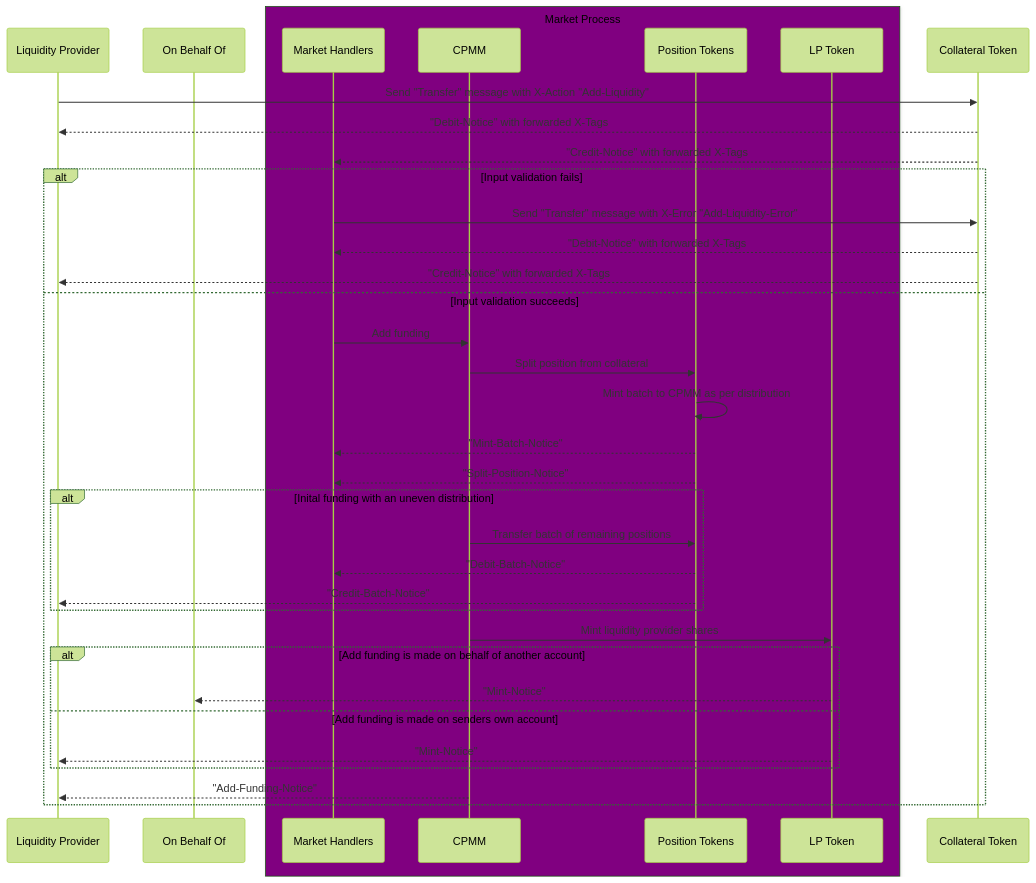
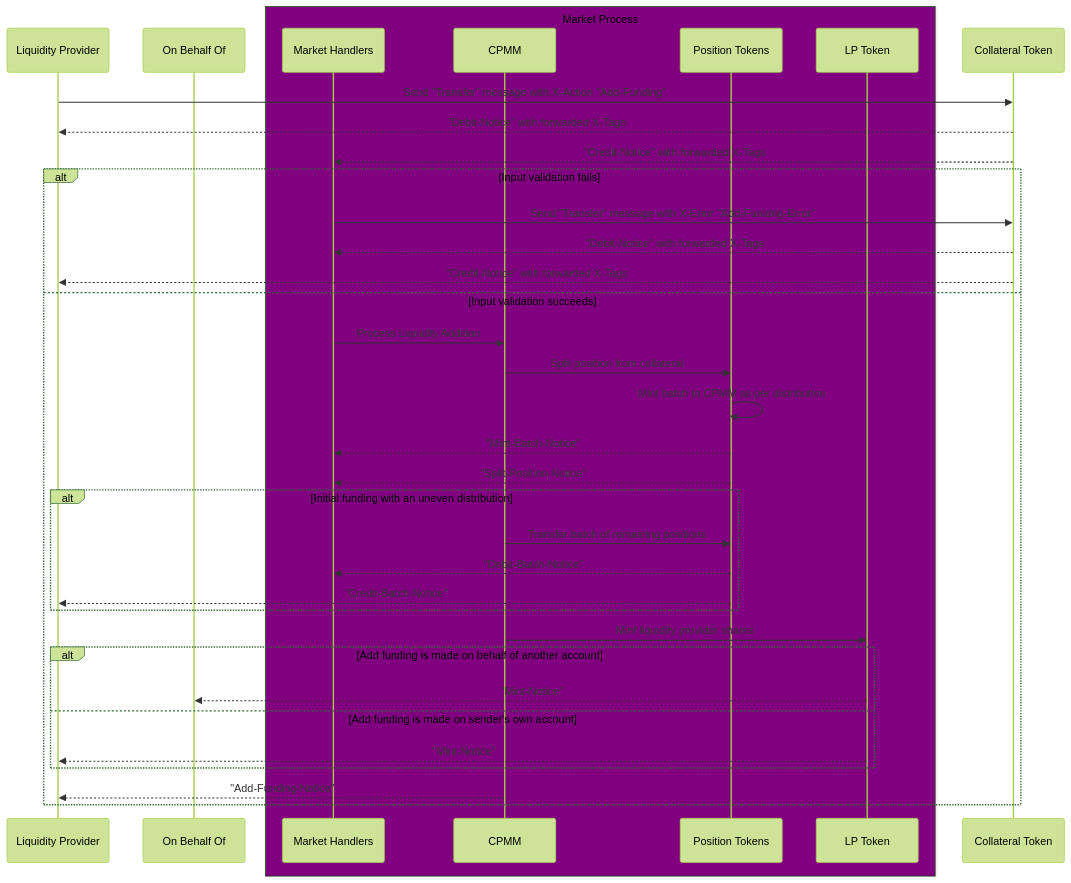
Before and after one commit to outcome-gg/outcome-protocol: the diagram in docs/02-market-liquidity/addFunding.md, drawn with Mermaid (forest theme). The commit also changed 24 other files, not shown here.

Commit message:
Updated diagrams and refactoring

````diff
--- a/docs/02-market-liquidity/addFunding.md
+++ b/docs/02-market-liquidity/addFunding.md
@@ -1,40 +1,51 @@
 ```mermaid
 sequenceDiagram
 participant Liquidity Provider
 participant On Behalf Of
 box Purple Market Process
-participant Market Handlers
-participant CPMM
-participant Position Tokens
-participant LP Token
+  participant Market Handlers
+  participant CPMM
+  participant Position Tokens
+  participant LP Token
 end
 participant Collateral Token
 
-
-Liquidity Provider ->> Collateral Token: Send "Transfer" message with X-Action "Add-Liquidity"
+%% 🟢 Add Liquidity Request
+Liquidity Provider ->> Collateral Token: Send "Transfer" message with X-Action "Add-Funding"
 Collateral Token -->> Liquidity Provider: "Debit-Notice" with forwarded X-Tags
 Collateral Token -->> Market Handlers: "Credit-Notice" with forwarded X-Tags
+
 alt Input validation fails
-  Market Handlers ->> Collateral Token: Send "Transfer" message with X-Error "Add-Liquidity-Error"
+  %% ❌ Error Notice
+  Market Handlers ->> Collateral Token: Send "Transfer" message with X-Error "Add-Funidng-Error"
   Collateral Token -->> Market Handlers: "Debit-Notice" with forwarded X-Tags
   Collateral Token -->> Liquidity Provider: "Credit-Notice" with forwarded X-Tags
 else Input validation succeeds
-  Market Handlers ->> CPMM: Add funding
+  Market Handlers ->> CPMM: Process Liquidity Addition
+
+  %% 🎟️ Split & Mint Positions
   CPMM ->> Position Tokens: Split position from collateral
   Position Tokens ->> Position Tokens: Mint batch to CPMM as per distribution
   Position Tokens -->> Market Handlers: "Mint-Batch-Notice"
   Position Tokens -->> Market Handlers: "Split-Position-Notice"
-  alt Inital funding with an uneven distribution
+
+  alt Initial funding with an uneven distribution
+    %% 🔥 Batch Transfer of Remaining Positions
     CPMM ->> Position Tokens: Transfer batch of remaining positions
     Position Tokens -->> Market Handlers: "Debit-Batch-Notice"
     Position Tokens -->> Liquidity Provider: "Credit-Batch-Notice"
   end
+
+  %% 🎟️ Mint Liquidity Provider Shares
   CPMM ->> LP Token: Mint liquidity provider shares
+
   alt Add funding is made on behalf of another account
     LP Token -->> On Behalf Of: "Mint-Notice"
-  else Add funding is made on senders own account
+  else Add funding is made on sender's own account
     LP Token -->> Liquidity Provider: "Mint-Notice"
   end
+
+  %% ✅ Completion Notice
   CPMM -->> Liquidity Provider: "Add-Funding-Notice"
 end
 ```
````
